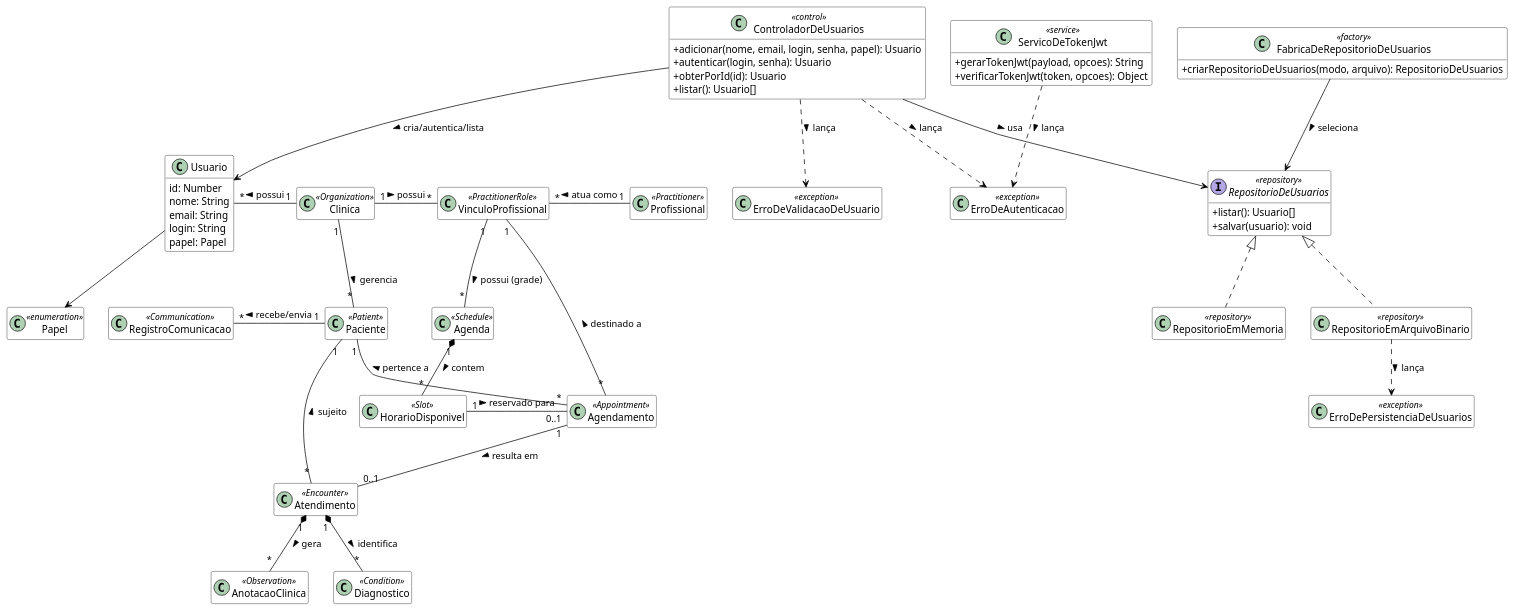
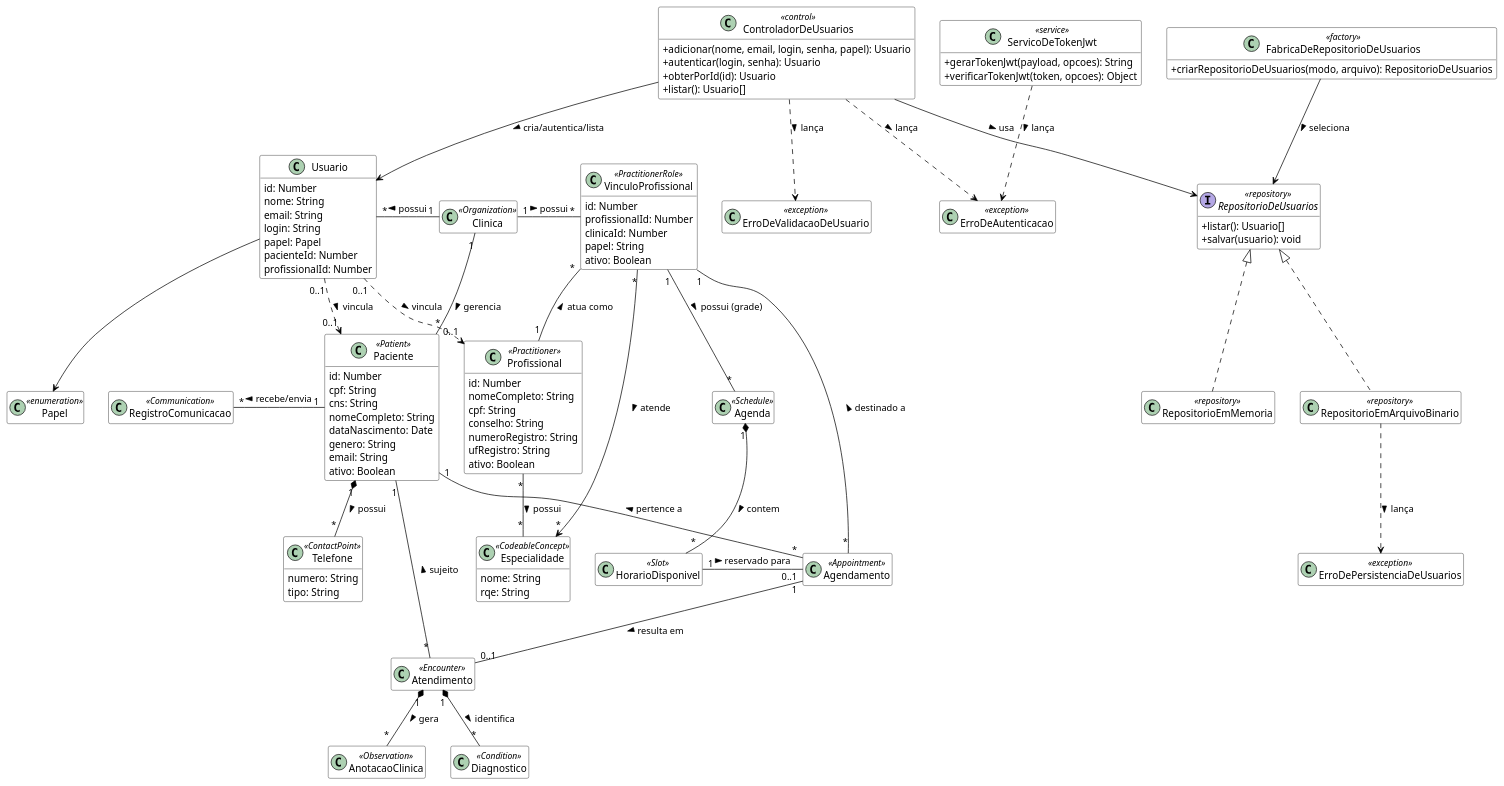
One commit to beatrizmontenegro07/projeto-metodos changed the diagram in docs/relatorio/codigos/classes-de-analise.puml. Above: the diagram before and after it, drawn with PlantUML. The commit also changed 15 other files, not shown here.

First line of the commit message:
feat(domain): modelar entidades Paciente e Profissional no padrao FHIR

```diff
--- a/docs/relatorio/codigos/classes-de-analise.puml
+++ b/docs/relatorio/codigos/classes-de-analise.puml
@@ -1,98 +1,136 @@
 @startuml
 skinparam classAttributeIconSize 0
 hide empty methods
 hide empty attributes
 skinparam class {
     BackgroundColor White
     ArrowColor Black
     BorderColor Black
 }
 
 ' Entidades Principais e Administrativas
 class Clinica <<Organization>>
 class Usuario {
   id: Number
   nome: String
   email: String
   login: String
   papel: Papel
+  pacienteId: Number
+  profissionalId: Number
 }
 class Papel <<enumeration>>
-class Paciente <<Patient>>
-class Profissional <<Practitioner>>
-class VinculoProfissional <<PractitionerRole>>
+class Paciente <<Patient>> {
+  id: Number
+  cpf: String
+  cns: String
+  nomeCompleto: String
+  dataNascimento: Date
+  genero: String
+  email: String
+  ativo: Boolean
+}
+class Telefone <<ContactPoint>> {
+  numero: String
+  tipo: String
+}
+class Profissional <<Practitioner>> {
+  id: Number
+  nomeCompleto: String
+  cpf: String
+  conselho: String
+  numeroRegistro: String
+  ufRegistro: String
+  ativo: Boolean
+}
+class Especialidade <<CodeableConcept>> {
+  nome: String
+  rqe: String
+}
+class VinculoProfissional <<PractitionerRole>> {
+  id: Number
+  profissionalId: Number
+  clinicaId: Number
+  papel: String
+  ativo: Boolean
+}
 
 ' Controle, validação, autenticação e persistência de usuários
 class ControladorDeUsuarios <<control>> {
   +adicionar(nome, email, login, senha, papel): Usuario
   +autenticar(login, senha): Usuario
   +obterPorId(id): Usuario
   +listar(): Usuario[]
 }
 class ServicoDeTokenJwt <<service>> {
   +gerarTokenJwt(payload, opcoes): String
   +verificarTokenJwt(token, opcoes): Object
 }
 interface RepositorioDeUsuarios <<repository>> {
   +listar(): Usuario[]
   +salvar(usuario): void
 }
 class RepositorioEmMemoria <<repository>>
 class RepositorioEmArquivoBinario <<repository>>
 class FabricaDeRepositorioDeUsuarios <<factory>> {
   +criarRepositorioDeUsuarios(modo, arquivo): RepositorioDeUsuarios
 }
 class ErroDeValidacaoDeUsuario <<exception>>
 class ErroDePersistenciaDeUsuarios <<exception>>
 class ErroDeAutenticacao <<exception>>
 
 ' Entidades de Agendamento (Módulo Ambulatorial)
 class Agenda <<Schedule>>
 class HorarioDisponivel <<Slot>>
 class Agendamento <<Appointment>>
 
 ' Entidades de Relacionamento (CRM)
 class RegistroComunicacao <<Communication>>
 
 ' Entidades Clínicas Básicas
 class Atendimento <<Encounter>>
 class AnotacaoClinica <<Observation>>
 class Diagnostico <<Condition>>
 
 ' Relacionamentos Estruturais
 Clinica "1" -down- "*" Paciente : gerencia >
 Clinica "1" -right- "*" VinculoProfissional : possui >
 Profissional "1" -left- "*" VinculoProfissional : atua como >
 Clinica "1" -left- "*" Usuario : possui >
 Usuario --> Papel
+Usuario "0..1" ..> "0..1" Paciente : vincula >
+Usuario "0..1" ..> "0..1" Profissional : vincula >
+Paciente "1" *-down- "*" Telefone : possui >
+Profissional "*" -down- "*" Especialidade : possui >
+VinculoProfissional "*" --> "*" Especialidade : atende >
 
 ' Validação, autenticação e persistência
 ControladorDeUsuarios --> Usuario : cria/autentica/lista >
 ControladorDeUsuarios --> RepositorioDeUsuarios : usa >
 ControladorDeUsuarios ..> ErroDeValidacaoDeUsuario : lança >
 ControladorDeUsuarios ..> ErroDeAutenticacao : lança >
 ServicoDeTokenJwt ..> ErroDeAutenticacao : lança >
 RepositorioDeUsuarios <|.. RepositorioEmMemoria
 RepositorioDeUsuarios <|.. RepositorioEmArquivoBinario
 RepositorioEmArquivoBinario ..> ErroDePersistenciaDeUsuarios : lança >
 FabricaDeRepositorioDeUsuarios --> RepositorioDeUsuarios : seleciona >
 
 ' Relacionamentos de CRM e Comunicação
 Paciente "1" -left- "*" RegistroComunicacao : recebe/envia >
 
 ' Relacionamentos de Agendamento (Baseado na Grade Ambulatorial)
 VinculoProfissional "1" -down- "*" Agenda : possui (grade) >
 Agenda "1" *-down- "*" HorarioDisponivel : contem >
 HorarioDisponivel "1" -right- "0..1" Agendamento : reservado para >
 Agendamento "*" -up- "1" Paciente : pertence a >
 Agendamento "*" -up- "1" VinculoProfissional : destinado a >
 
 ' Relacionamentos do Encontro Clínico
 Agendamento "1" -down- "0..1" Atendimento : resulta em >
 Atendimento "*" -up- "1" Paciente : sujeito >
 
 ' Relacionamentos de Desfecho Clínico
 Atendimento "1" *-down- "*" AnotacaoClinica : gera >
 Atendimento "1" *-down- "*" Diagnostico : identifica >
 
 @enduml
```
